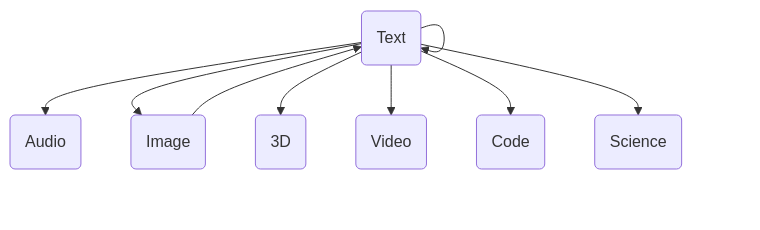
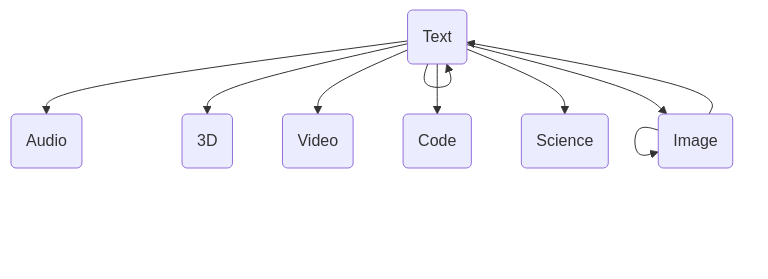
Before and after one commit to junxnone/aiwiki: the diagram in docs/0374_Hot_AIGC.md, drawn with Mermaid. The commit also changed other lines of this file, not shown here.

````diff
--- a/docs/0374_Hot_AIGC.md
+++ b/docs/0374_Hot_AIGC.md
@@ -14,12 +14,13 @@
 ```mermaid
 
 graph TD
     T(Text) --> A(Audio)
     T --> I(Image)
+    I --> I
     T --> D(3D)
     T --> V(Video)
     I --> T
     T --> C(Code)
     T --> T
     T --> S(Science)
 ```
````
